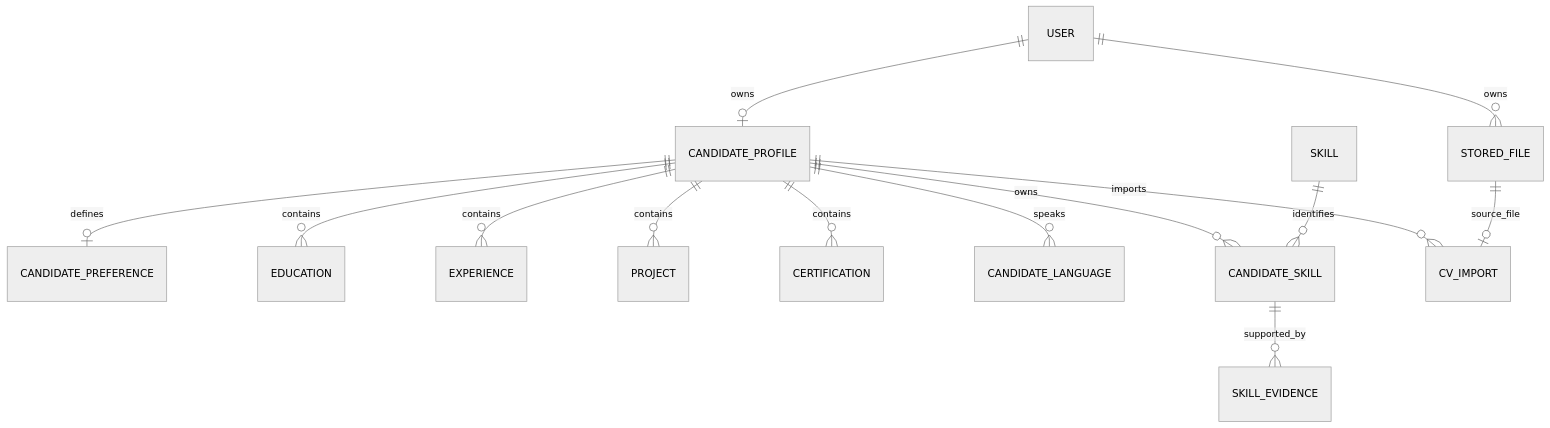
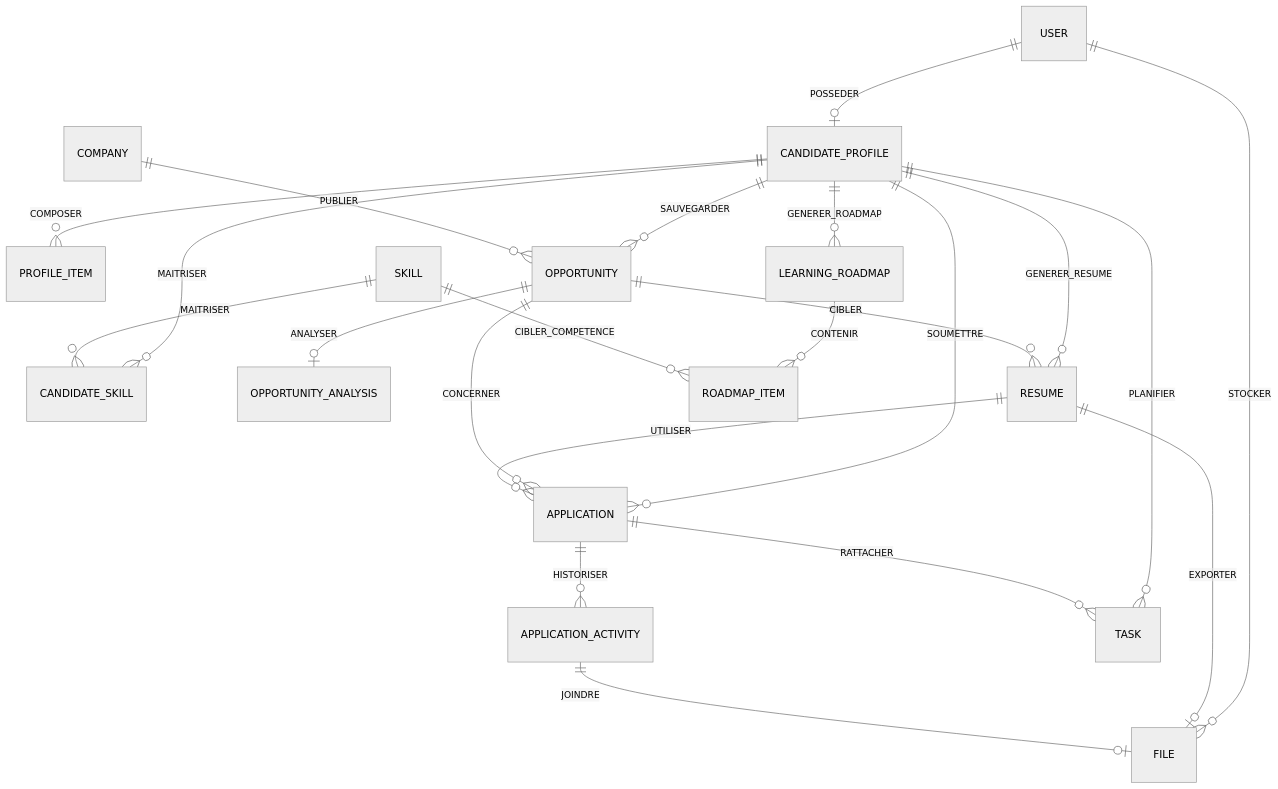
The diagram in docs/database/MCD.md (elmochilyas/CareerPilotAI), drawn with Mermaid (neutral theme) before and after one commit. The commit also changed other lines of this file and 2 other files, not shown here.

````diff
--- a/docs/database/MCD.md
+++ b/docs/database/MCD.md
@@ -38,16 +19,24 @@
 ```mermaid
 erDiagram
-    USER ||--o| CANDIDATE_PROFILE : owns
-    CANDIDATE_PROFILE ||--o| CANDIDATE_PREFERENCE : defines
-    CANDIDATE_PROFILE ||--o{ EDUCATION : contains
-    CANDIDATE_PROFILE ||--o{ EXPERIENCE : contains
-    CANDIDATE_PROFILE ||--o{ PROJECT : contains
-    CANDIDATE_PROFILE ||--o{ CERTIFICATION : contains
-    CANDIDATE_PROFILE ||--o{ CANDIDATE_LANGUAGE : speaks
-    CANDIDATE_PROFILE ||--o{ CANDIDATE_SKILL : owns
-    SKILL ||--o{ CANDIDATE_SKILL : identifies
-    CANDIDATE_SKILL ||--o{ SKILL_EVIDENCE : supported_by
-    USER ||--o{ STORED_FILE : owns
-    CANDIDATE_PROFILE ||--o{ CV_IMPORT : imports
-    STORED_FILE ||--o| CV_IMPORT : source_file
+    USER ||--o| CANDIDATE_PROFILE : POSSEDER
+    CANDIDATE_PROFILE ||--o{ PROFILE_ITEM : COMPOSER
+    CANDIDATE_PROFILE ||--o{ CANDIDATE_SKILL : MAITRISER
+    SKILL ||--o{ CANDIDATE_SKILL : MAITRISER
+    USER ||--o{ FILE : STOCKER
+    CANDIDATE_PROFILE ||--o{ OPPORTUNITY : SAUVEGARDER
+    COMPANY ||--o{ OPPORTUNITY : PUBLIER
+    OPPORTUNITY ||--o| OPPORTUNITY_ANALYSIS : ANALYSER
+    CANDIDATE_PROFILE ||--o{ RESUME : GENERER_RESUME
+    OPPORTUNITY ||--o{ RESUME : CIBLER
+    RESUME ||--o| FILE : EXPORTER
+    CANDIDATE_PROFILE ||--o{ APPLICATION : SOUMETTRE
+    OPPORTUNITY ||--o{ APPLICATION : CONCERNER
+    RESUME ||--o{ APPLICATION : UTILISER
+    APPLICATION ||--o{ APPLICATION_ACTIVITY : HISTORISER
+    APPLICATION_ACTIVITY ||--o| FILE : JOINDRE
+    CANDIDATE_PROFILE ||--o{ TASK : PLANIFIER
+    APPLICATION ||--o{ TASK : RATTACHER
+    CANDIDATE_PROFILE ||--o{ LEARNING_ROADMAP : GENERER_ROADMAP
+    LEARNING_ROADMAP ||--o{ ROADMAP_ITEM : CONTENIR
+    SKILL ||--o{ ROADMAP_ITEM : CIBLER_COMPETENCE
 ```
````
